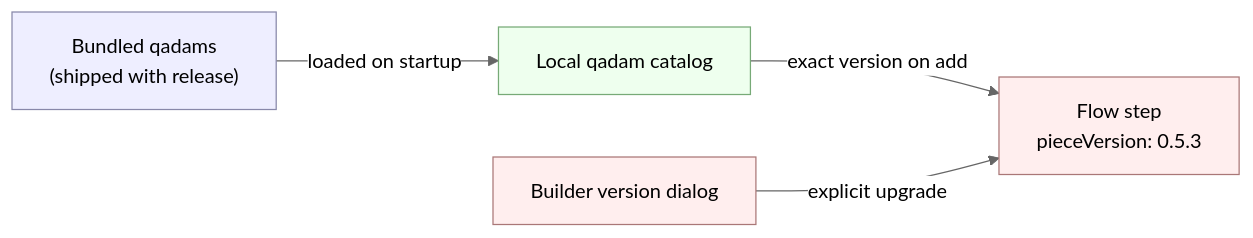
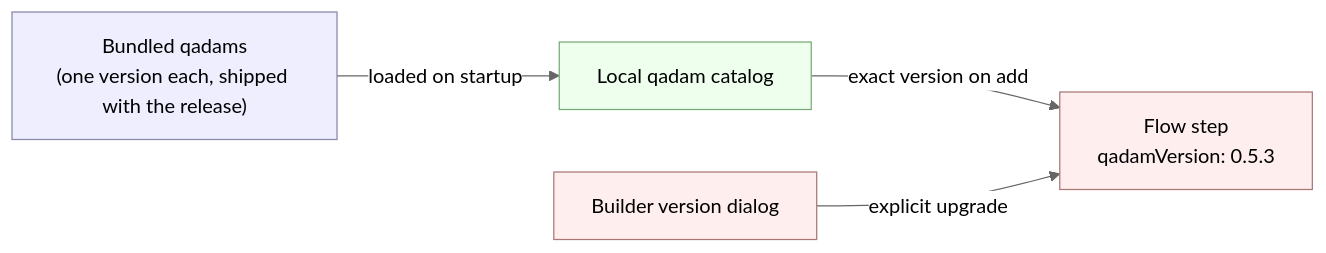
The diagram in docs/install/architecture/qadam-syncing.mdx (aiqadam/qadam-flow), drawn with Mermaid (neutral theme) before and after one commit. The commit also changed other lines of this file and 21 other files, not shown here.

````diff
--- a/docs/install/architecture/qadam-syncing.mdx
+++ b/docs/install/architecture/qadam-syncing.mdx
@@ -12,18 +12,18 @@
 ```mermaid
 flowchart LR
-    BUNDLE["Bundled qadams<br/>(shipped with release)"]
+    BUNDLE["Bundled qadams<br/>(one version each, shipped with the release)"]
     CAT["Local qadam catalog"]
-    STEP["Flow step<br/>pieceVersion: 0.5.3"]
+    STEP["Flow step<br/>qadamVersion: 0.5.3"]
     UI["Builder version dialog"]
 
     BUNDLE -- "loaded on startup" --> CAT
     CAT -- "exact version on add" --> STEP
     UI -- "explicit upgrade" --> STEP
 
     classDef src fill:#eef,stroke:#88a
     classDef catalog fill:#efe,stroke:#7a7
     classDef flow fill:#fee,stroke:#a77
     class BUNDLE src
     class CAT catalog
     class STEP,UI flow
 ```
````
